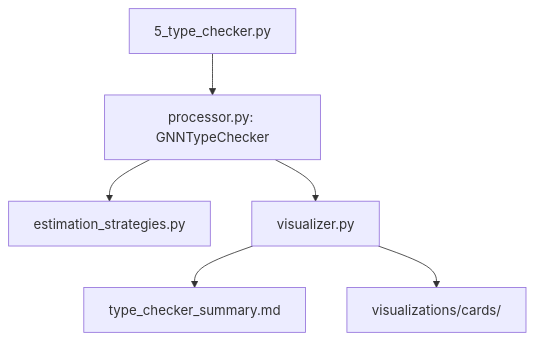
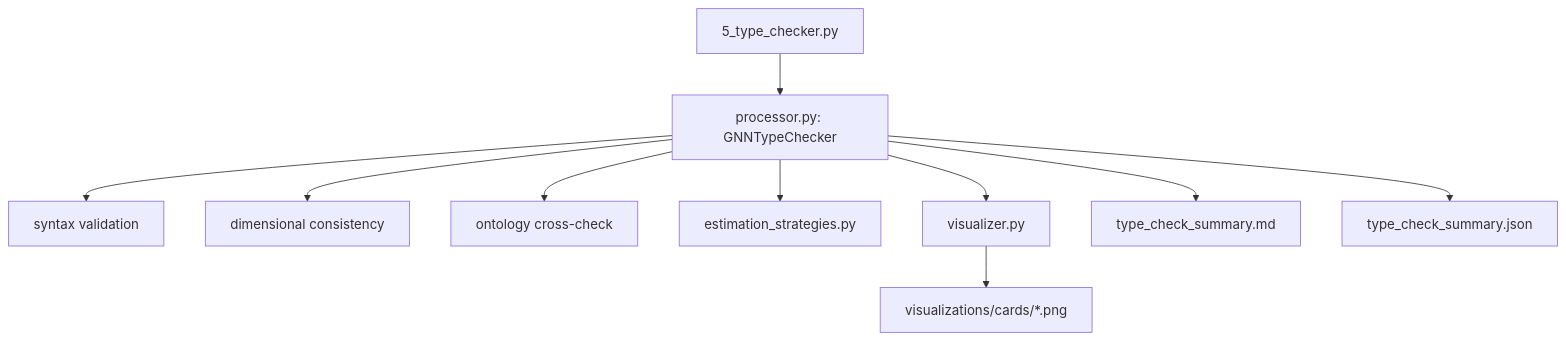
One commit to ActiveInferenceInstitute/GeneralizedNotationNotation changed the diagram in doc/gnn/modules/05_type_checker.md. Above: the diagram before and after it, drawn with Mermaid. The commit also changed other lines of this file and 122 other files, not shown here.

````diff
--- a/doc/gnn/modules/05_type_checker.md
+++ b/doc/gnn/modules/05_type_checker.md
@@ -14,8 +22,12 @@
 ```mermaid
 graph TD
     Pipeline[5_type_checker.py] --> Orchestrator[processor.py: GNNTypeChecker]
-    Orchestrator --> MathExt[estimation_strategies.py]
-    Orchestrator --> MatrixOutput[visualizer.py]
-    MatrixOutput --> ExecSumm[type_checker_summary.md]
-    MatrixOutput --> Cards[visualizations/cards/]
+    Orchestrator --> Syntax[syntax validation]
+    Orchestrator --> Dims[dimensional consistency]
+    Orchestrator --> Ontology[ontology cross-check]
+    Orchestrator --> Estim[estimation_strategies.py]
+    Orchestrator --> Viz[visualizer.py]
+    Viz --> Cards[visualizations/cards/*.png]
+    Orchestrator --> Summary[type_check_summary.md]
+    Orchestrator --> SummaryJson[type_check_summary.json]
 ```
````
